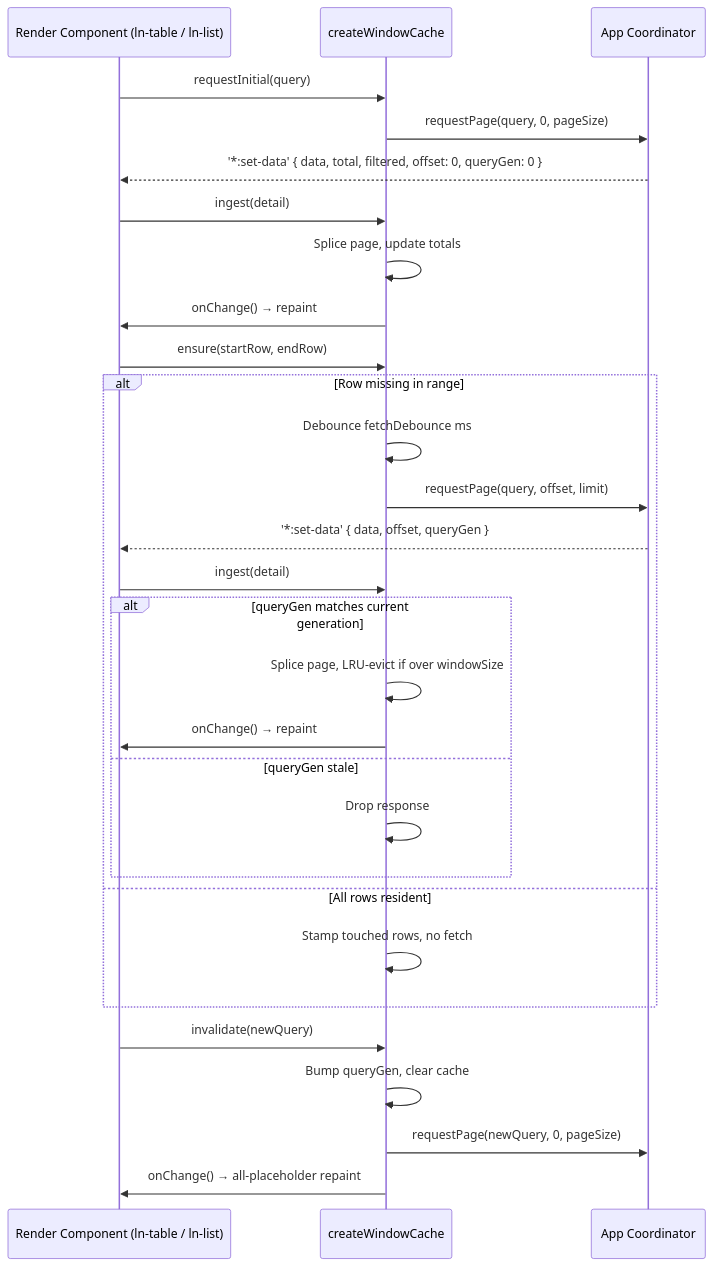
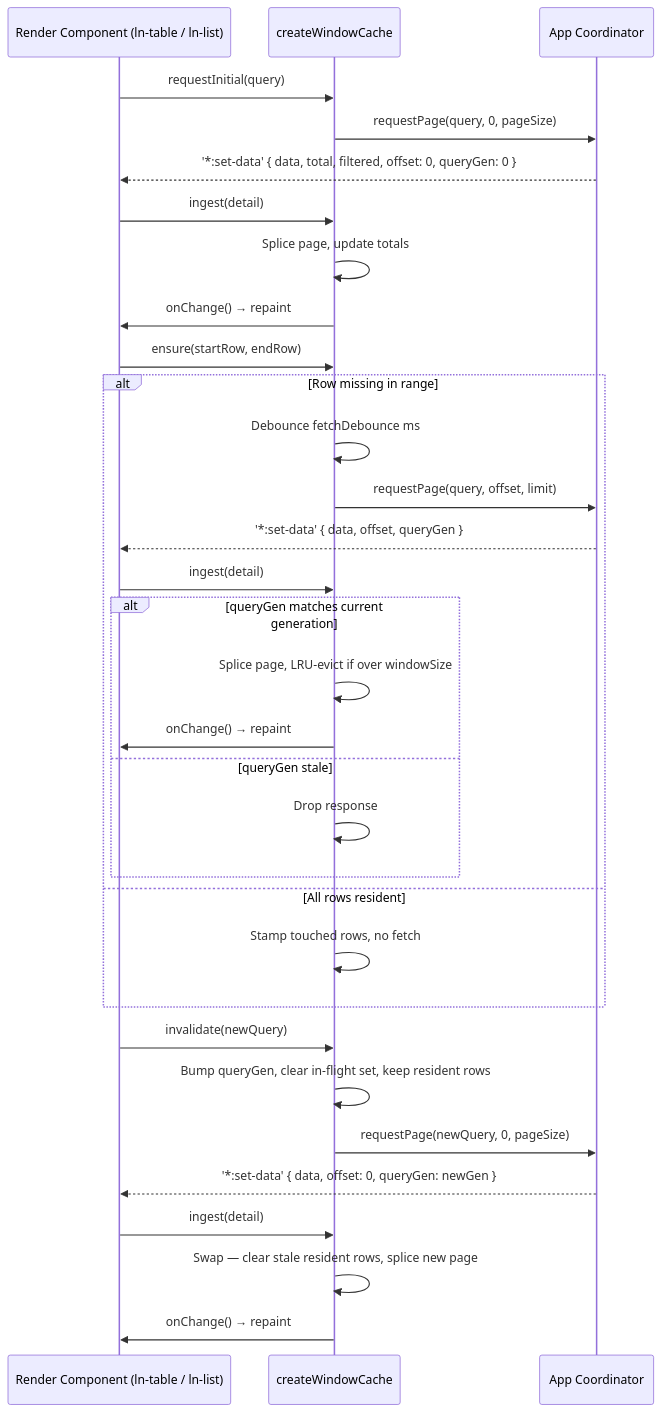
One commit to livenetworks/ln-ashlar changed the diagram in docs-mcp/components/window-cache.md. Above: the diagram before and after it, drawn with Mermaid. The commit also changed other lines of this file and 3 other files, not shown here.

First line of the commit message:
docs(mcp): correct windowed cache contract, document page-failed and revalidate

````diff
--- a/docs-mcp/components/window-cache.md
+++ b/docs-mcp/components/window-cache.md
@@ -150,34 +152,37 @@
 ```mermaid
 sequenceDiagram
     participant Render as Render Component (ln-table / ln-list)
     participant Cache as createWindowCache
     participant Coord as App Coordinator
 
     Render->>Cache: requestInitial(query)
     Cache->>Coord: requestPage(query, 0, pageSize)
     Coord-->>Render: '*:set-data' { data, total, filtered, offset: 0, queryGen: 0 }
     Render->>Cache: ingest(detail)
     Cache->>Cache: Splice page, update totals
     Cache->>Render: onChange() → repaint
 
     Render->>Cache: ensure(startRow, endRow)
     alt Row missing in range
         Cache->>Cache: Debounce fetchDebounce ms
         Cache->>Coord: requestPage(query, offset, limit)
         Coord-->>Render: '*:set-data' { data, offset, queryGen }
         Render->>Cache: ingest(detail)
         alt queryGen matches current generation
             Cache->>Cache: Splice page, LRU-evict if over windowSize
             Cache->>Render: onChange() → repaint
         else queryGen stale
             Cache->>Cache: Drop response
         end
     else All rows resident
         Cache->>Cache: Stamp touched rows, no fetch
     end
 
     Render->>Cache: invalidate(newQuery)
-    Cache->>Cache: Bump queryGen, clear cache
+    Cache->>Cache: Bump queryGen, clear in-flight set, keep resident rows
     Cache->>Coord: requestPage(newQuery, 0, pageSize)
-    Cache->>Render: onChange() → all-placeholder repaint
+    Coord-->>Render: '*:set-data' { data, offset: 0, queryGen: newGen }
+    Render->>Cache: ingest(detail)
+    Cache->>Cache: Swap — clear stale resident rows, splice new page
+    Cache->>Render: onChange() → repaint
 ```
````
